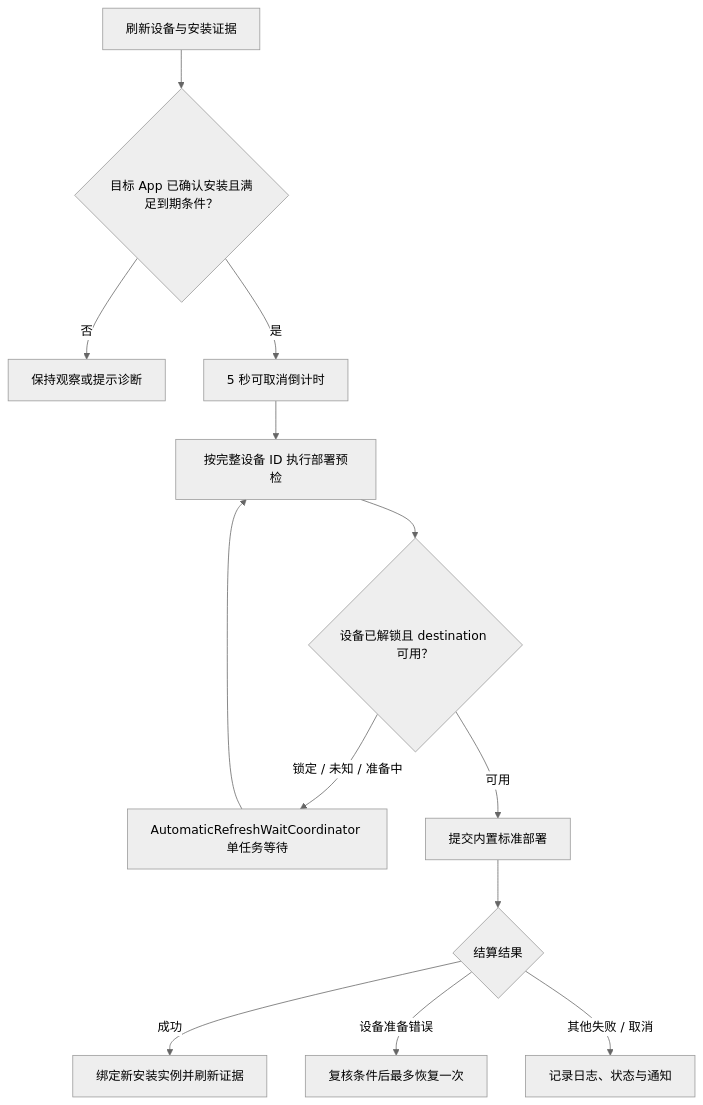
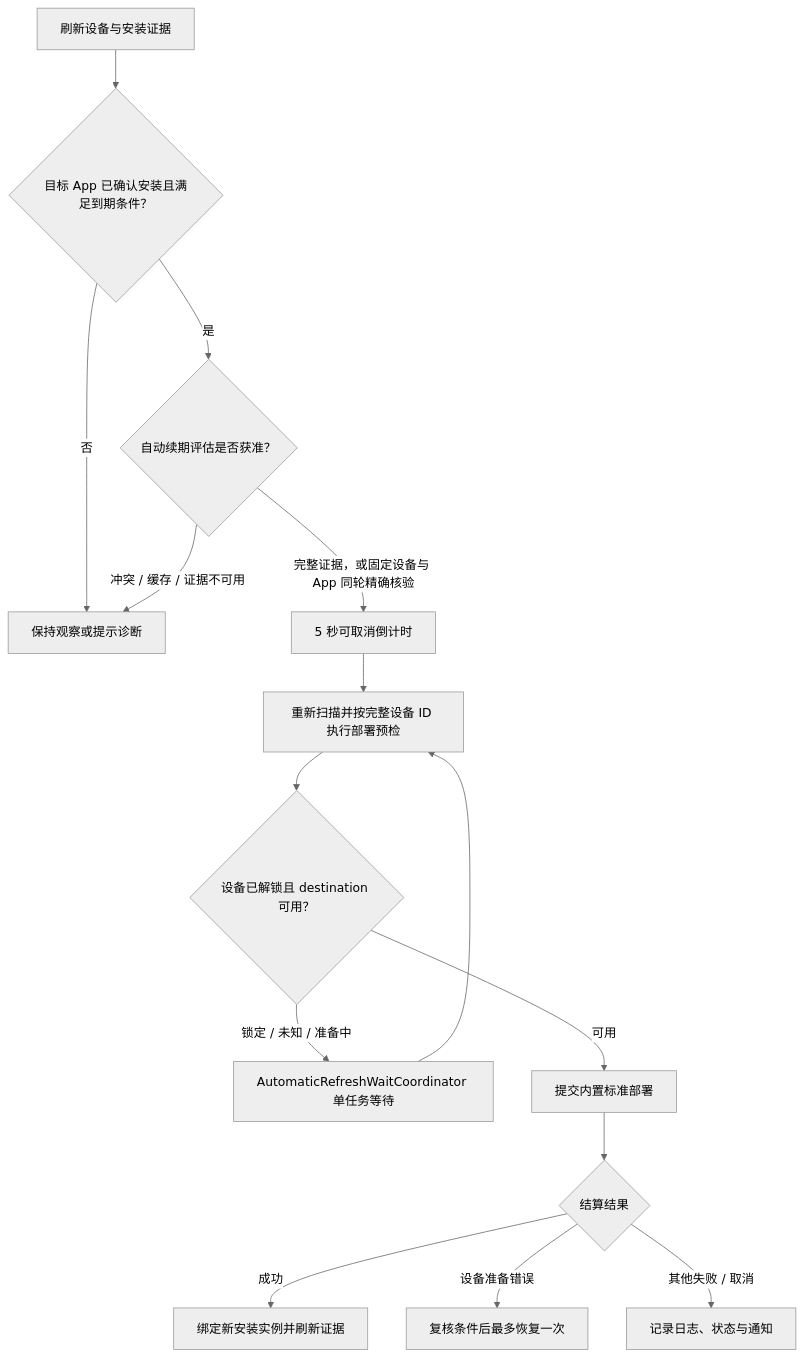
One commit to WesleyXuZzz/ios-sign-kit changed the second of 2 diagrams in docs/architecture.md. Above: the diagram before and after it, drawn with Mermaid (neutral theme). The commit also changed other lines of this file and 9 other files, not shown here.

````diff
--- a/docs/architecture.md
+++ b/docs/architecture.md
@@ -192,15 +196,17 @@
 ```mermaid
 flowchart TD
     A["刷新设备与安装证据"] --> B{"目标 App 已确认安装且满足到期条件？"}
     B -- "否" --> Z["保持观察或提示诊断"]
-    B -- "是" --> C["5 秒可取消倒计时"]
-    C --> D["按完整设备 ID 执行部署预检"]
+    B -- "是" --> AUTH{"自动续期评估是否获准？"}
+    AUTH -- "冲突 / 缓存 / 证据不可用" --> Z
+    AUTH -- "完整证据，或固定设备与 App 同轮精确核验" --> C["5 秒可取消倒计时"]
+    C --> D["重新扫描并按完整设备 ID 执行部署预检"]
     D --> E{"设备已解锁且 destination 可用？"}
     E -- "锁定 / 未知 / 准备中" --> F["AutomaticRefreshWaitCoordinator 单任务等待"]
     F --> D
     E -- "可用" --> G["提交内置标准部署"]
     G --> H{"结算结果"}
     H -- "成功" --> I["绑定新安装实例并刷新证据"]
     H -- "设备准备错误" --> J["复核条件后最多恢复一次"]
     H -- "其他失败 / 取消" --> K["记录日志、状态与通知"]
 ```
````
